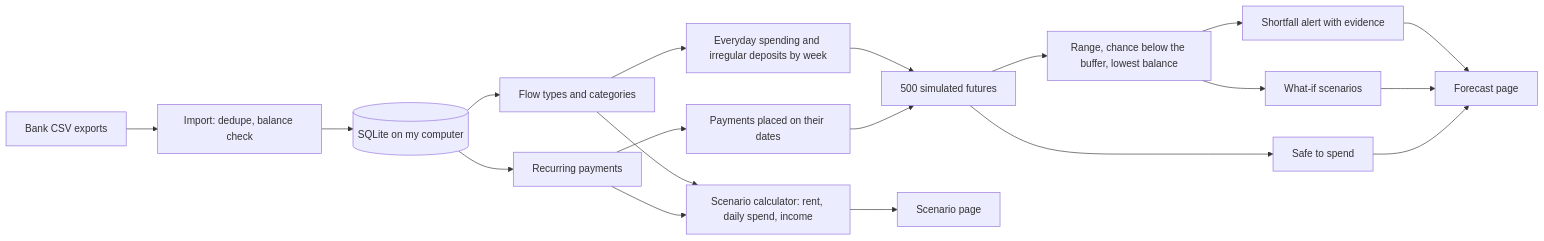
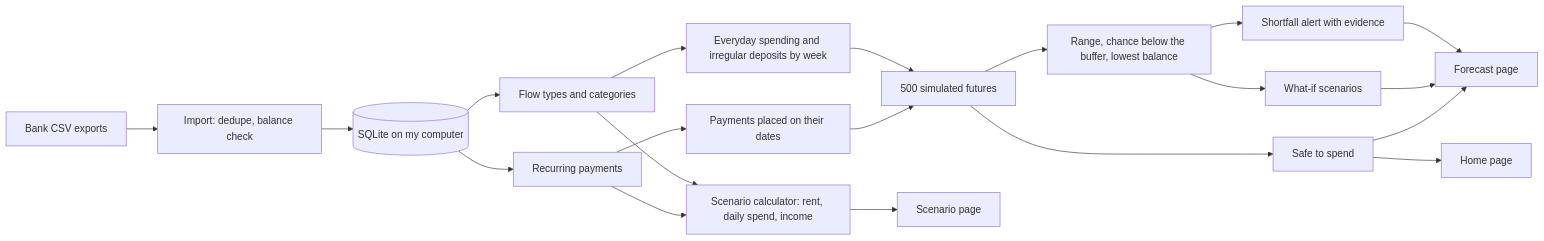
One commit to YousefAkay/lookahead changed the diagram in README.md. Above: the diagram before and after it, drawn with Mermaid. The commit also changed 1 other file, not shown here.

Commit message:
DECISIONS: the borderline lines as decided (the persona C line removed; rent timing, the memo calibration, the forecast's direction on my data, pay series, deposit counts and the account prediction reworded or dropped) and the further lines with rent, deposit, balance and income facts; 'shared in prompts' reworded; overnight reports without the remaining account facts or run wording; spec report path; README diagram: safe to spend on Home too

````diff
--- a/README.md
+++ b/README.md
@@ -114,21 +114,22 @@
 ```mermaid
 flowchart LR
     A[Bank CSV exports] --> B[Import: dedupe, balance check]
     B --> C[(SQLite on my computer)]
     C --> D[Flow types and categories]
     C --> E[Recurring payments]
     D --> F[Everyday spending and irregular deposits by week]
     E --> G[Payments placed on their dates]
     F --> H[500 simulated futures]
     G --> H
     H --> I[Range, chance below the buffer, lowest balance]
     H --> M[Safe to spend]
     I --> J[Shortfall alert with evidence]
     I --> K[What-if scenarios]
     J --> L[Forecast page]
     K --> L
     M --> L
+    M --> P[Home page]
     D --> N[Scenario calculator: rent, daily spend, income]
     E --> N
     N --> O[Scenario page]
 ```
````
